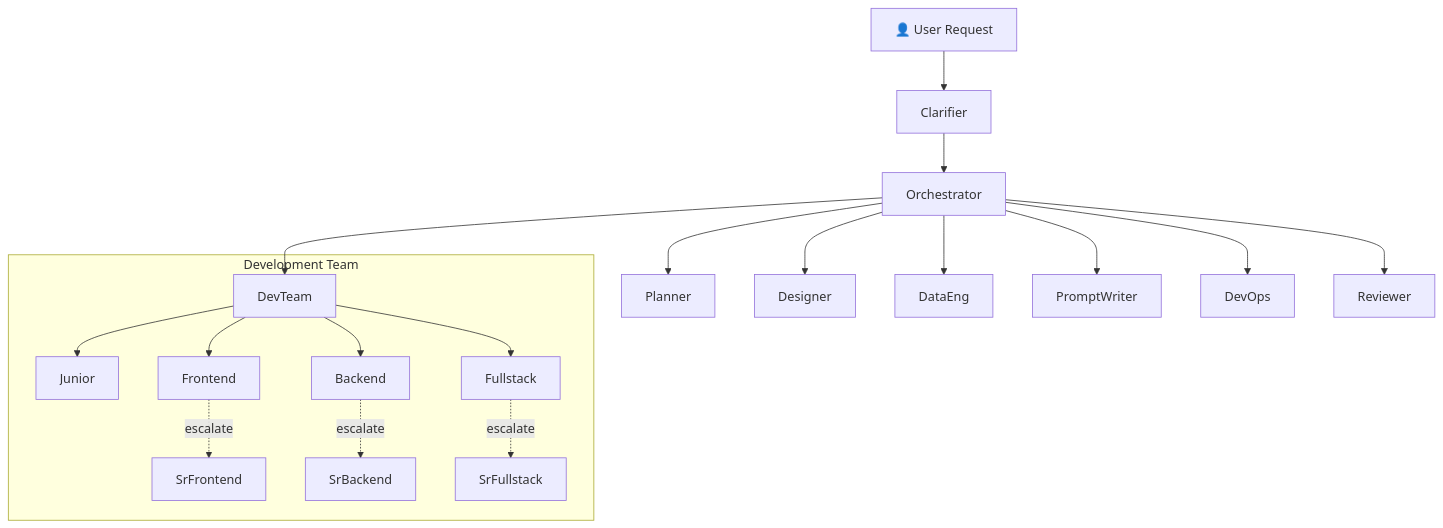
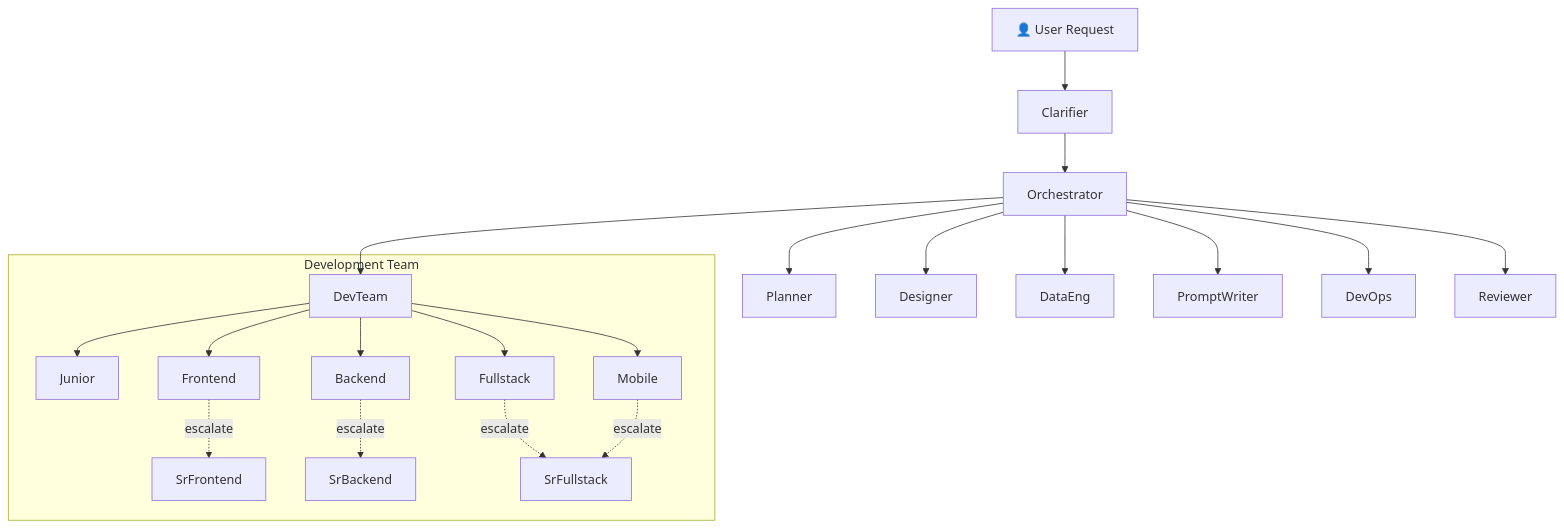
One commit to ddevalco/devops-agent-orchestra changed the first of 2 diagrams in README.md. Above: the diagram before and after it, drawn with Mermaid. The commit also changed other lines of this file, not shown here.

````diff
--- a/README.md
+++ b/README.md
@@ -26,23 +31,25 @@
 ```mermaid
 graph TB
         User[👤 User Request] --> Clarifier
         Clarifier --> Orchestrator
         Orchestrator --> Planner
 
         Orchestrator --> DevTeam
         Orchestrator --> Designer
         Orchestrator --> DataEng
         Orchestrator --> PromptWriter
         Orchestrator --> DevOps
         Orchestrator --> Reviewer
 
         subgraph "Development Team"
             DevTeam --> Junior
+            DevTeam --> Mobile
             DevTeam --> Frontend
             DevTeam --> Backend
             DevTeam --> Fullstack
             Frontend -.escalate.-> SrFrontend
             Backend -.escalate.-> SrBackend
             Fullstack -.escalate.-> SrFullstack
+            Mobile -.escalate.-> SrFullstack
         end
 ```
````
